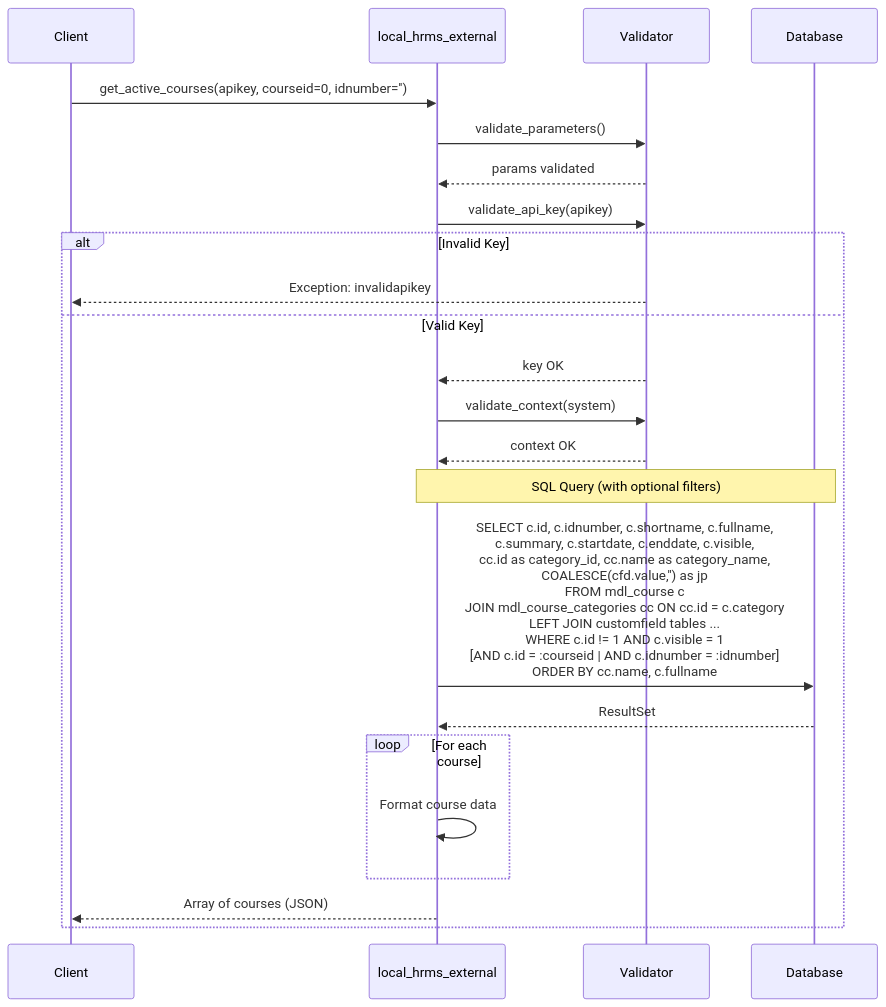
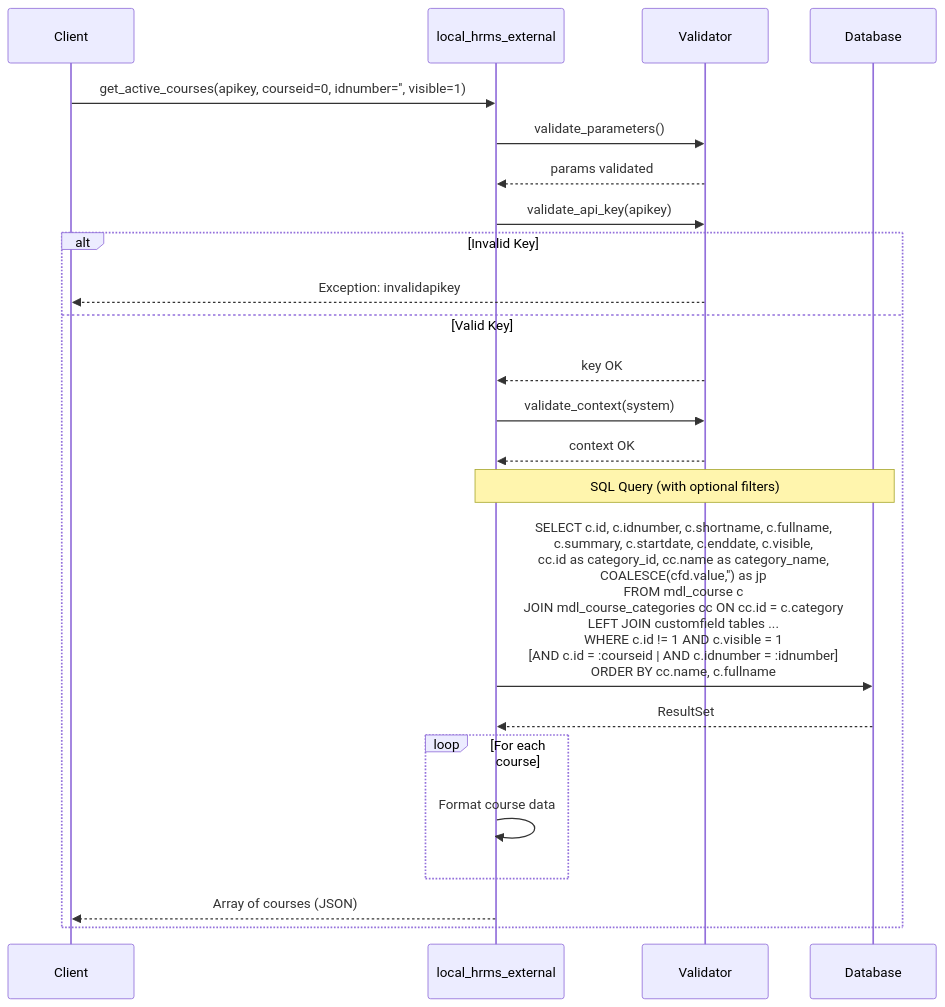
The third of 21 diagrams in DIAGRAMS.md (toosa/moodle-hrms), drawn with Mermaid before and after one commit. The commit also changed other lines of this file and 4 other files, not shown here.

Commit message:
feat: enhance local_hrms_get_active_courses API with visibility filter and update documentation

````diff
--- a/DIAGRAMS.md
+++ b/DIAGRAMS.md
@@ -111,34 +111,34 @@
 ```mermaid
 sequenceDiagram
     participant Client
     participant API as local_hrms_external
     participant Validator
     participant DB as Database
     
-    Client->>API: get_active_courses(apikey, courseid=0, idnumber='')
+    Client->>API: get_active_courses(apikey, courseid=0, idnumber='', visible=1)
     
     API->>Validator: validate_parameters()
     Validator-->>API: params validated
     
     API->>Validator: validate_api_key(apikey)
     
     alt Invalid Key
         Validator-->>Client: Exception: invalidapikey
     else Valid Key
         Validator-->>API: key OK
         
         API->>Validator: validate_context(system)
         Validator-->>API: context OK
         
         Note over API,DB: SQL Query (with optional filters)
         API->>DB: SELECT c.id, c.idnumber, c.shortname, c.fullname,<br/>c.summary, c.startdate, c.enddate, c.visible,<br/>cc.id as category_id, cc.name as category_name,<br/>COALESCE(cfd.value,'') as jp<br/>FROM mdl_course c<br/>JOIN mdl_course_categories cc ON cc.id = c.category<br/>LEFT JOIN customfield tables ...<br/>WHERE c.id != 1 AND c.visible = 1<br/>[AND c.id = :courseid | AND c.idnumber = :idnumber]<br/>ORDER BY cc.name, c.fullname
         
         DB-->>API: ResultSet
         
         loop For each course
             API->>API: Format course data
         end
         
         API-->>Client: Array of courses (JSON)
     end
 ```
````
